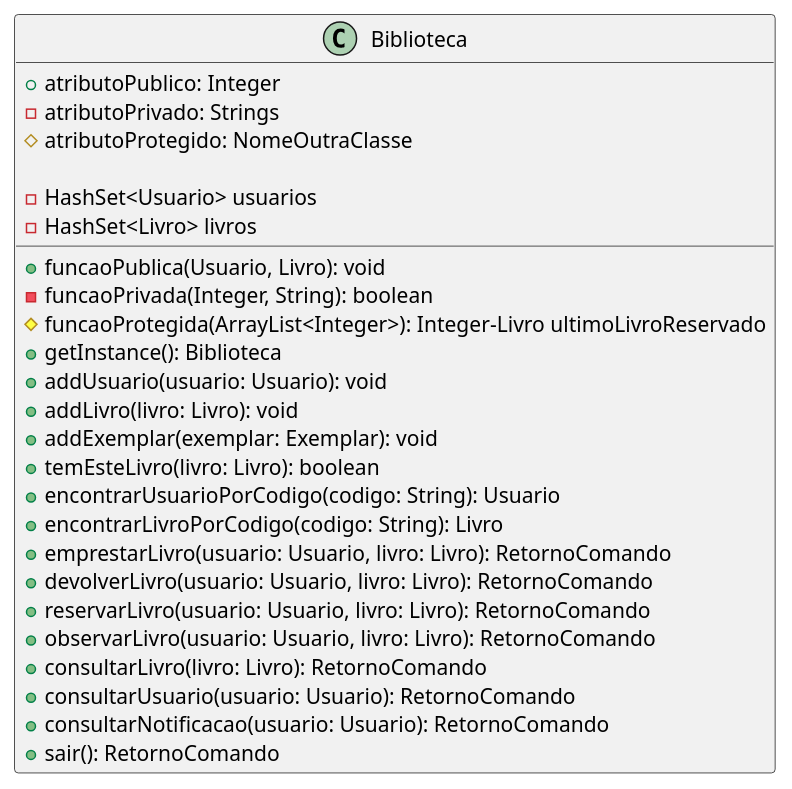
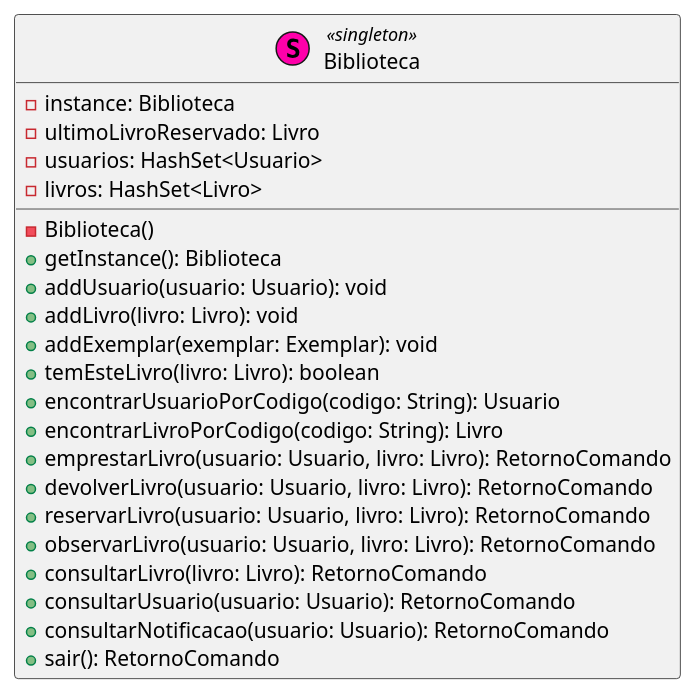
One commit to angelofelipe/library-system-OOP changed the diagram in diagrama de classes/src puml/src/geral/Biblioteca.puml. Above: the diagram before and after it, drawn with PlantUML. The commit also changed 51 other files, not shown here.

```diff
--- a/diagrama de classes/src puml/src/geral/Biblioteca.puml
+++ b/diagrama de classes/src puml/src/geral/Biblioteca.puml
@@ -1,30 +1,27 @@
 @startuml
 
-class Biblioteca {
-    + atributoPublico: Integer
-    - atributoPrivado: Strings
-    # atributoProtegido: NomeOutraClasse
+class Biblioteca <<(S,#ff00aa) singleton>> {
+    - instance: Biblioteca
+    - ultimoLivroReservado: Livro
+    - usuarios: HashSet<Usuario>
+    - livros: HashSet<Livro>
 
-    + funcaoPublica(Usuario, Livro): void
-    - funcaoPrivada(Integer, String): boolean
-    # funcaoProtegida(ArrayList<Integer>): Integer-Livro ultimoLivroReservado
-        -HashSet<Usuario> usuarios
-        -HashSet<Livro> livros
-        +getInstance(): Biblioteca
-        +addUsuario(usuario: Usuario): void
-        +addLivro(livro: Livro): void
-        +addExemplar(exemplar: Exemplar): void
-        +temEsteLivro(livro: Livro): boolean
-        +encontrarUsuarioPorCodigo(codigo: String): Usuario
-        +encontrarLivroPorCodigo(codigo: String): Livro
-        +emprestarLivro(usuario: Usuario, livro: Livro): RetornoComando
-        +devolverLivro(usuario: Usuario, livro: Livro): RetornoComando
-        +reservarLivro(usuario: Usuario, livro: Livro): RetornoComando
-        +observarLivro(usuario: Usuario, livro: Livro): RetornoComando
-        +consultarLivro(livro: Livro): RetornoComando
-        +consultarUsuario(usuario: Usuario): RetornoComando
-        +consultarNotificacao(usuario: Usuario): RetornoComando
-        +sair(): RetornoComando
+    - Biblioteca()
+    +getInstance(): Biblioteca
+    +addUsuario(usuario: Usuario): void
+    +addLivro(livro: Livro): void
+    +addExemplar(exemplar: Exemplar): void
+    +temEsteLivro(livro: Livro): boolean
+    +encontrarUsuarioPorCodigo(codigo: String): Usuario
+    +encontrarLivroPorCodigo(codigo: String): Livro
+    +emprestarLivro(usuario: Usuario, livro: Livro): RetornoComando
+    +devolverLivro(usuario: Usuario, livro: Livro): RetornoComando
+    +reservarLivro(usuario: Usuario, livro: Livro): RetornoComando
+    +observarLivro(usuario: Usuario, livro: Livro): RetornoComando
+    +consultarLivro(livro: Livro): RetornoComando
+    +consultarUsuario(usuario: Usuario): RetornoComando
+    +consultarNotificacao(usuario: Usuario): RetornoComando
+    +sair(): RetornoComando
 }
 
 @enduml
```
